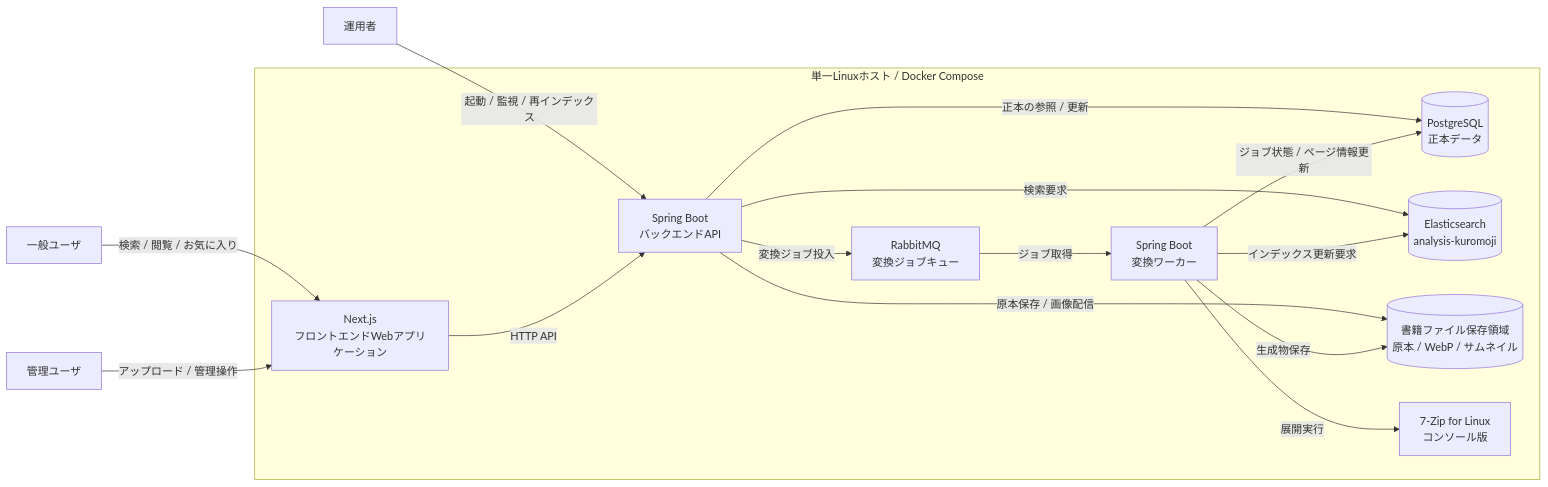
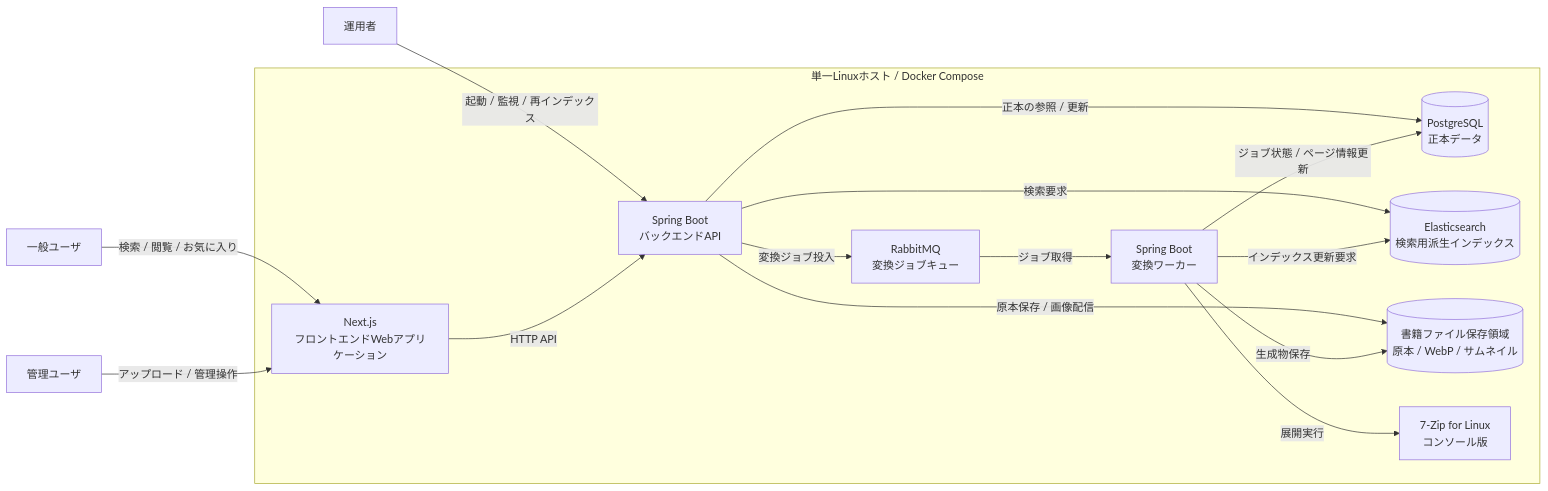
Before and after one commit to dommyttdev/book-viewer: the first of 5 diagrams in doc/03_architecture/01_system_overview.md, drawn with Mermaid. The commit also changed other lines of this file and 20 other files, not shown here.

````diff
--- a/doc/03_architecture/01_system_overview.md
+++ b/doc/03_architecture/01_system_overview.md
@@ -77,33 +77,33 @@
 ```mermaid
 flowchart LR
   generalUser["一般ユーザ"]
   adminUser["管理ユーザ"]
   operator["運用者"]
 
   subgraph host["単一Linuxホスト / Docker Compose"]
     frontend["Next.js<br>フロントエンドWebアプリケーション"]
     api["Spring Boot<br>バックエンドAPI"]
     worker["Spring Boot<br>変換ワーカー"]
     queue["RabbitMQ<br>変換ジョブキュー"]
     db[("PostgreSQL<br>正本データ")]
-    search[("Elasticsearch<br>analysis-kuromoji")]
+    search[("Elasticsearch<br>検索用派生インデックス")]
     storage[("書籍ファイル保存領域<br>原本 / WebP / サムネイル")]
     sevenZip["7-Zip for Linux<br>コンソール版"]
   end
 
   generalUser -->|"検索 / 閲覧 / お気に入り"| frontend
   adminUser -->|"アップロード / 管理操作"| frontend
   operator -->|"起動 / 監視 / 再インデックス"| api
 
   frontend -->|"HTTP API"| api
   api -->|"正本の参照 / 更新"| db
   api -->|"検索要求"| search
   api -->|"原本保存 / 画像配信"| storage
   api -->|"変換ジョブ投入"| queue
 
   queue -->|"ジョブ取得"| worker
   worker -->|"展開実行"| sevenZip
   worker -->|"生成物保存"| storage
   worker -->|"ジョブ状態 / ページ情報更新"| db
   worker -->|"インデックス更新要求"| search
 ```
````
